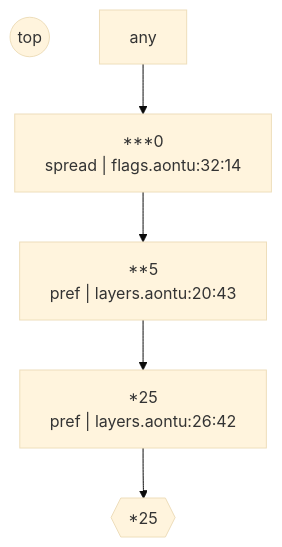
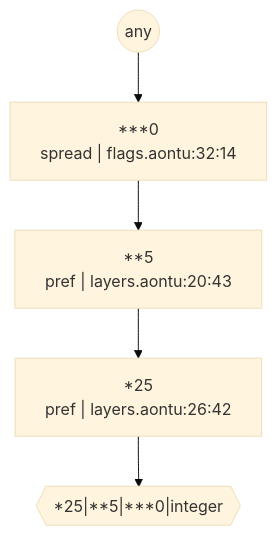
One commit to aontu-lang/aontu changed the diagram in use-cases/08-feature-flags/README.md. Above: the diagram before and after it, drawn with Mermaid (base theme). The commit also changed other lines of this file and 3 other files, not shown here.

````diff
--- a/use-cases/08-feature-flags/README.md
+++ b/use-cases/08-feature-flags/README.md
@@ -128,12 +128,12 @@
 ```mermaid
 graph TD
-  top(("top"))
+  any(("any"))
   c0["***0<br/>spread | flags.aontu:32:14"]
   c1["**5<br/>pref | layers.aontu:20:43"]
   c2["*25<br/>pref | layers.aontu:26:42"]
-  val{{"*25"}}
+  val{{"*25#124;**5#124;***0#124;integer"}}
   any --> c0
   c0 --> c1
   c1 --> c2
   c2 --> val
 ```
````
